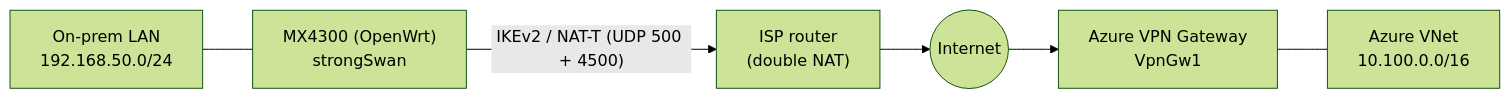
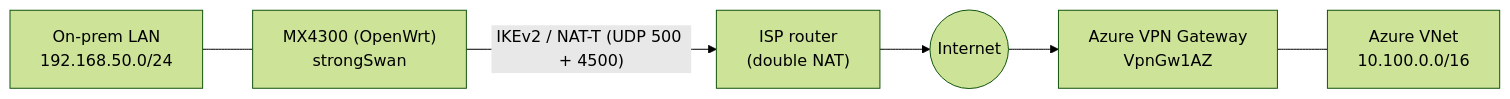
The diagram in onprem/INSTALL-strongswan-openwrt-mx4300.md (drewelewis/ai-hybrid-data-sources), drawn with Mermaid (forest theme) before and after one commit. The commit also changed other lines of this file and 8 other files, not shown here.

````diff
--- a/onprem/INSTALL-strongswan-openwrt-mx4300.md
+++ b/onprem/INSTALL-strongswan-openwrt-mx4300.md
@@ -18,8 +119,8 @@
 ```mermaid
 flowchart LR
     LAN["On-prem LAN<br/>192.168.50.0/24"] --- MX["MX4300 (OpenWrt)<br/>strongSwan"]
     MX -- "IKEv2 / NAT-T (UDP 500 + 4500)" --> ISP["ISP router<br/>(double NAT)"]
     ISP --> Internet(("Internet"))
-    Internet --> VNG["Azure VPN Gateway<br/>VpnGw1"]
+    Internet --> VNG["Azure VPN Gateway<br/>VpnGw1AZ"]
     VNG --- VNet["Azure VNet<br/>10.100.0.0/16"]
 ```
````
